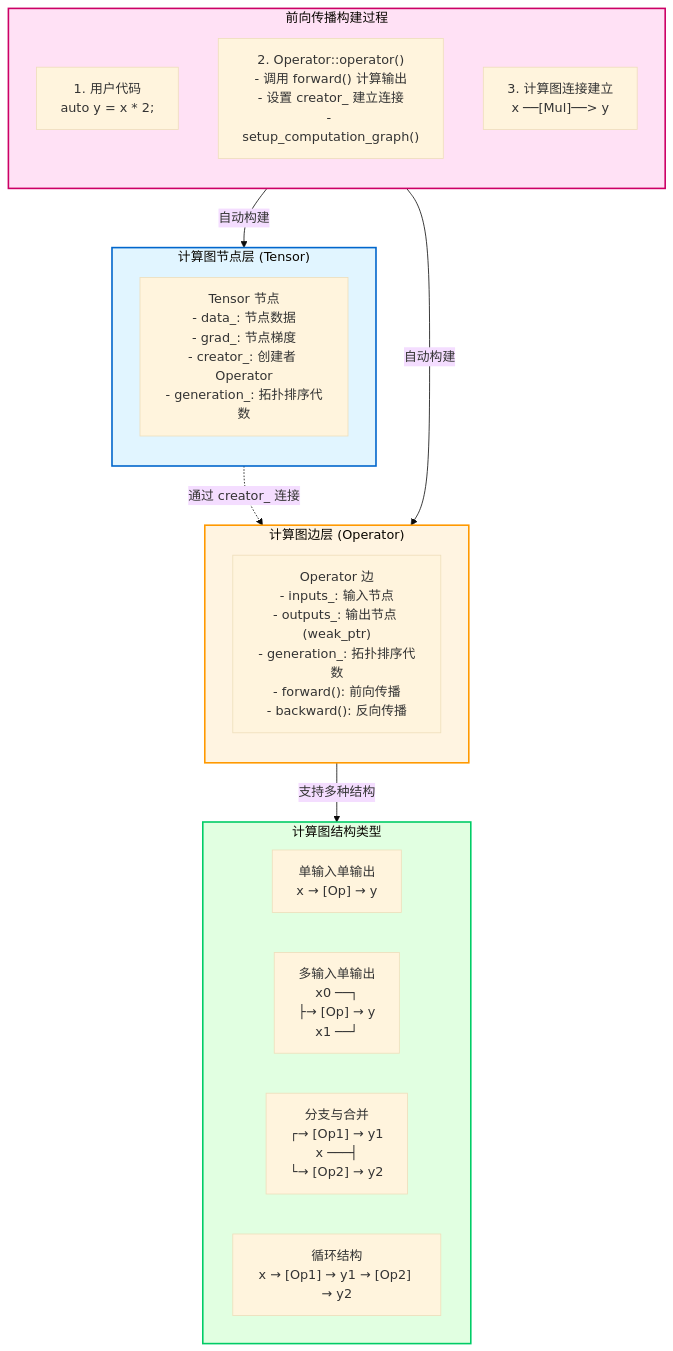
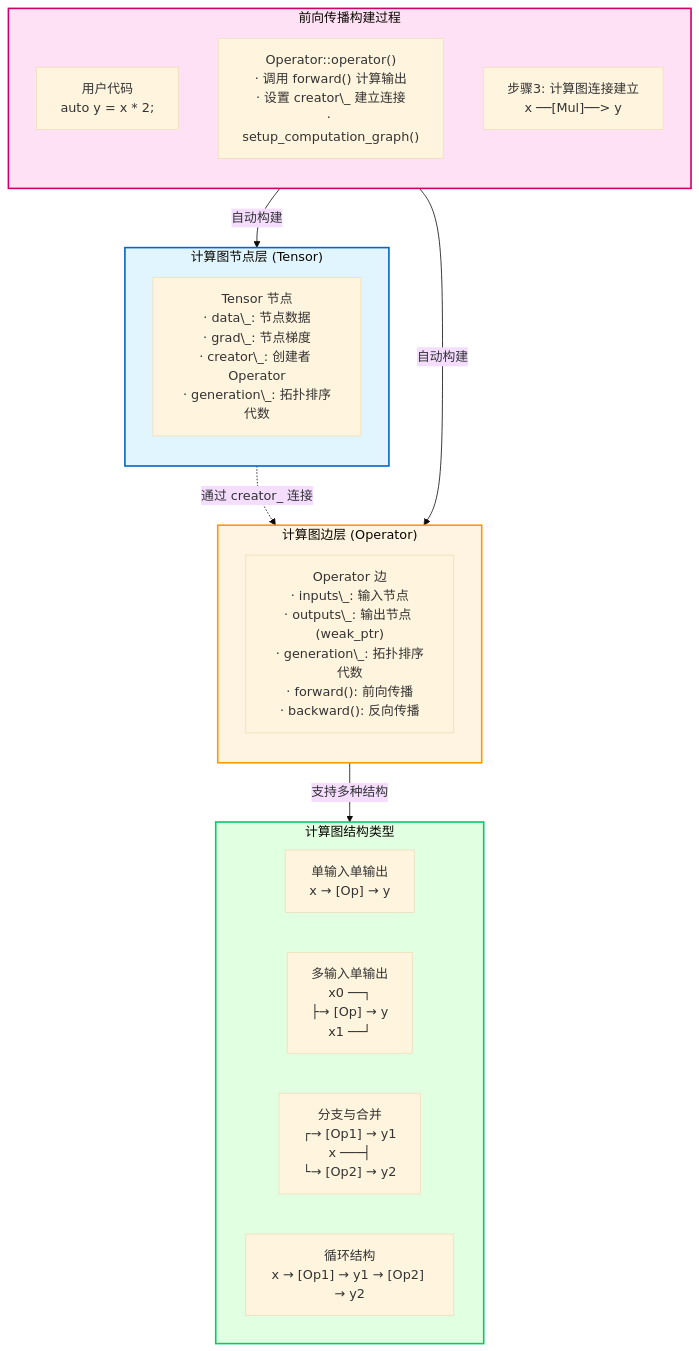
Diagram 11 of 41 in docs/design/architecture.md (jinbooooom/OriginDL), drawn with Mermaid (base theme) before and after one commit. The commit also changed other lines of this file, not shown here.

Commit message:
doc(design): restructure 2.5 chapter and simplify TensorImpl section

````diff
--- a/docs/design/architecture.md
+++ b/docs/design/architecture.md
@@ -907,37 +826,37 @@
 ```mermaid
 flowchart TD
     subgraph NodeLayer["计算图节点层 (Tensor)"]
         direction TB
-        Node1["Tensor 节点<br/>- data_: 节点数据<br/>- grad_: 节点梯度<br/>- creator_: 创建者 Operator<br/>- generation_: 拓扑排序代数"]
+        Node1["Tensor 节点<br/>· data\_: 节点数据<br/>· grad\_: 节点梯度<br/>· creator\_: 创建者 Operator<br/>· generation\_: 拓扑排序代数"]
     end
     
     subgraph EdgeLayer["计算图边层 (Operator)"]
         direction TB
-        Edge1["Operator 边<br/>- inputs_: 输入节点<br/>- outputs_: 输出节点 (weak_ptr)<br/>- generation_: 拓扑排序代数<br/>- forward(): 前向传播<br/>- backward(): 反向传播"]
+        Edge1["Operator 边<br/>· inputs\_: 输入节点<br/>· outputs\_: 输出节点 (weak_ptr)<br/>· generation\_: 拓扑排序代数<br/>· forward(): 前向传播<br/>· backward(): 反向传播"]
     end
     
     subgraph BuildProcess["前向传播构建过程"]
         direction TB
-        Step1["1. 用户代码<br/>auto y = x * 2;"]
-        Step2["2. Operator::operator()<br/>- 调用 forward() 计算输出<br/>- 设置 creator_ 建立连接<br/>- setup_computation_graph()"]
-        Step3["3. 计算图连接建立<br/>x ──[Mul]──> y"]
+        Step1["用户代码<br/>auto y = x * 2;"]
+        Step2["Operator::operator()<br/>· 调用 forward() 计算输出<br/>· 设置 creator\_ 建立连接<br/>· setup_computation_graph()"]
+        Step3["步骤3: 计算图连接建立<br/>x ──[Mul]──> y"]
     end
     
     subgraph GraphStructures["计算图结构类型"]
         direction LR
         Single["单输入单输出<br/>x → [Op] → y"]
         MultiInput["多输入单输出<br/>x0 ──┐<br/>     ├→ [Op] → y<br/>x1 ──┘"]
         Branch["分支与合并<br/>     ┌→ [Op1] → y1<br/>x ───┤<br/>     └→ [Op2] → y2"]
         Chain["循环结构<br/>x → [Op1] → y1 → [Op2] → y2"]
     end
     
     NodeLayer -.->|通过 creator_ 连接| EdgeLayer
     BuildProcess -->|自动构建| NodeLayer
     BuildProcess -->|自动构建| EdgeLayer
     EdgeLayer -->|支持多种结构| GraphStructures
     
     style NodeLayer fill:#e1f5ff,stroke:#0066cc,stroke-width:2px
     style EdgeLayer fill:#fff4e1,stroke:#ff9900,stroke-width:2px
     style BuildProcess fill:#ffe1f5,stroke:#cc0066,stroke-width:2px
     style GraphStructures fill:#e1ffe1,stroke:#00cc66,stroke-width:2px
 ```
````
